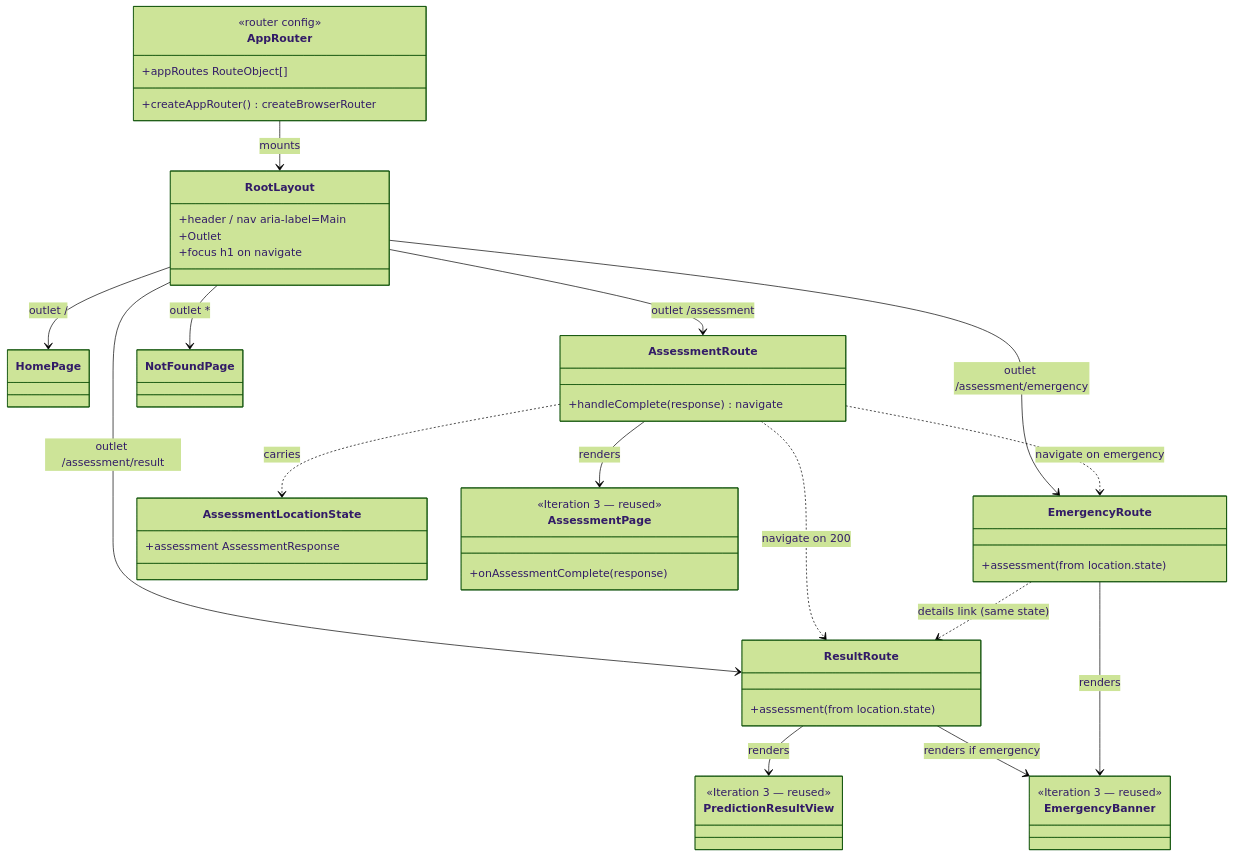
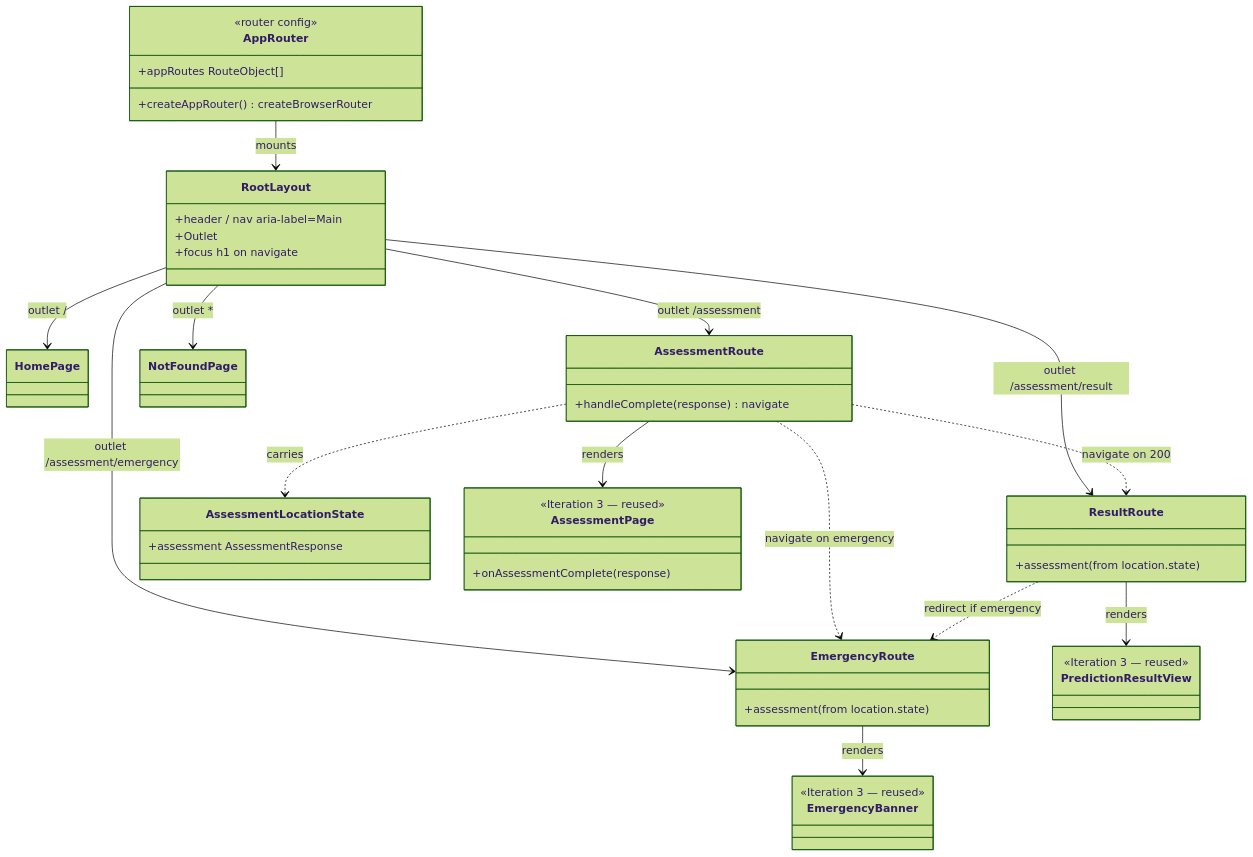
Before and after one commit to Disease-Prediction-ASET26/disease-prediction-fe: the diagram in docs/diagrams/iteration4/routing_class.mmd, drawn with Mermaid (forest theme). The commit also changed 8 other files, not shown here.

First line of the commit message:
fix(web): emergency route halts prediction (FR-P5)

```diff
--- a/docs/diagrams/iteration4/routing_class.mmd
+++ b/docs/diagrams/iteration4/routing_class.mmd
@@ -1,50 +1,49 @@
 classDiagram
     class AppRouter {
         <<router config>>
         +appRoutes RouteObject[]
         +createAppRouter() createBrowserRouter
     }
     class RootLayout {
         +header / nav aria-label=Main
         +Outlet
         +focus h1 on navigate
     }
     class HomePage
     class AssessmentRoute {
         +handleComplete(response) navigate
     }
     class ResultRoute {
         +assessment (from location.state)
     }
     class EmergencyRoute {
         +assessment (from location.state)
     }
     class NotFoundPage
     class AssessmentLocationState {
         +assessment AssessmentResponse
     }
     class AssessmentPage {
         <<Iteration 3 — reused>>
         +onAssessmentComplete(response)
     }
     class PredictionResultView {
         <<Iteration 3 — reused>>
     }
     class EmergencyBanner {
         <<Iteration 3 — reused>>
     }
 
     AppRouter --> RootLayout : mounts
     RootLayout --> HomePage : outlet /
     RootLayout --> AssessmentRoute : outlet /assessment
     RootLayout --> ResultRoute : outlet /assessment/result
     RootLayout --> EmergencyRoute : outlet /assessment/emergency
     RootLayout --> NotFoundPage : outlet *
     AssessmentRoute --> AssessmentPage : renders
     AssessmentRoute ..> ResultRoute : navigate on 200
     AssessmentRoute ..> EmergencyRoute : navigate on emergency
     AssessmentRoute ..> AssessmentLocationState : carries
     ResultRoute --> PredictionResultView : renders
-    ResultRoute --> EmergencyBanner : renders if emergency
     EmergencyRoute --> EmergencyBanner : renders
-    EmergencyRoute ..> ResultRoute : details link (same state)
+    ResultRoute ..> EmergencyRoute : redirect if emergency
```
